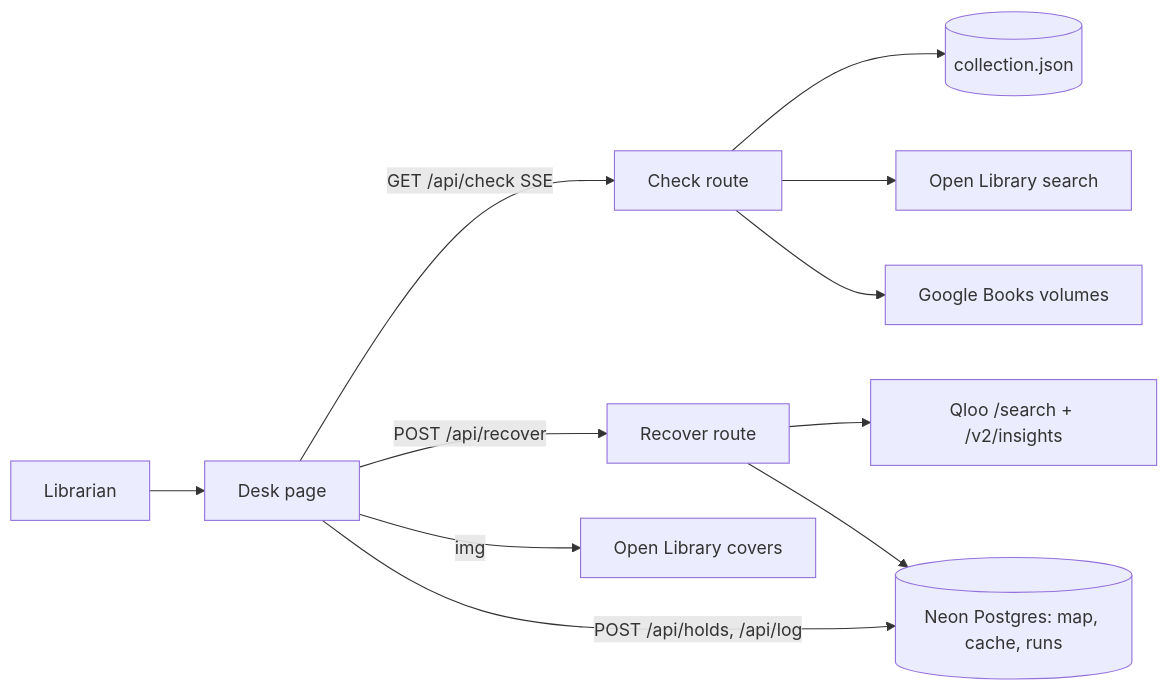
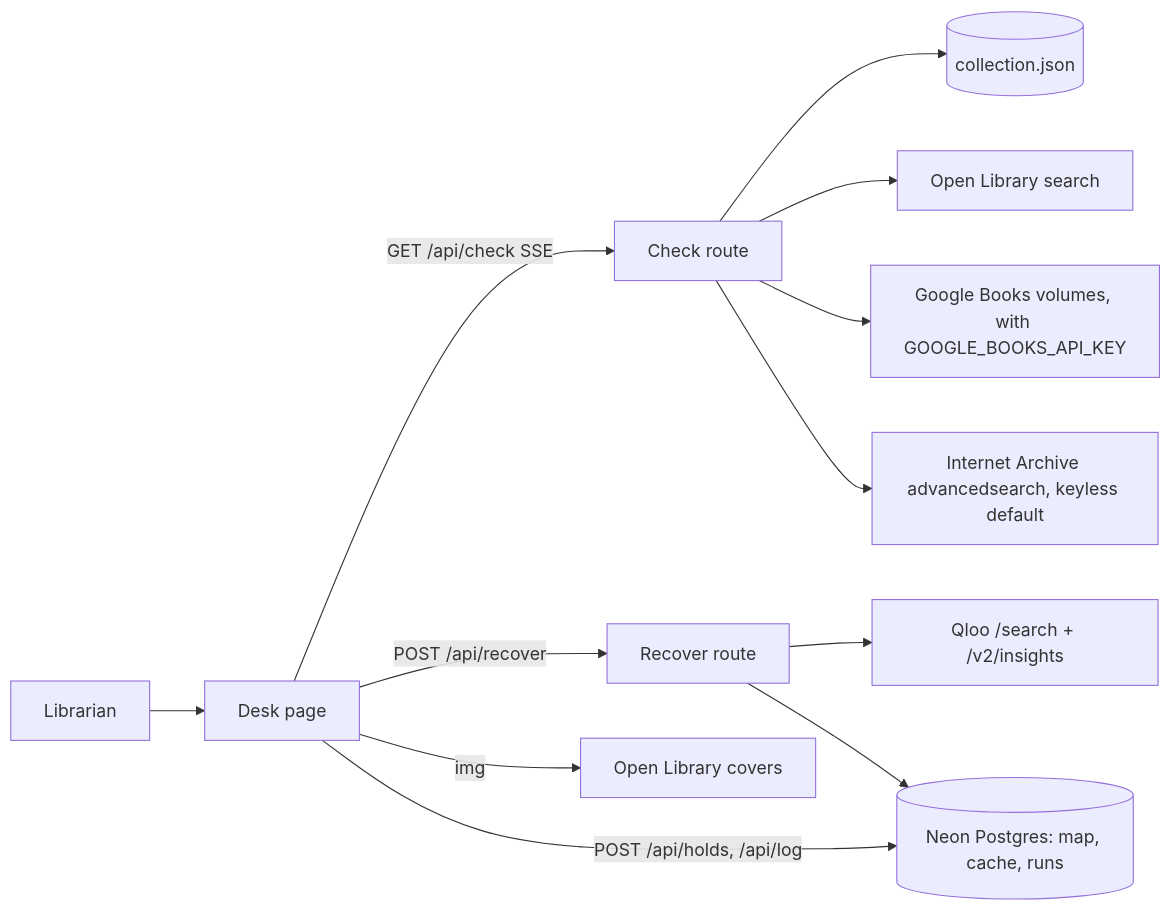
One commit to itssaharsh/ghost-shelf changed the diagram in ARCHITECTURE.md. Above: the diagram before and after it, drawn with Mermaid. The commit also changed other lines of this file and 29 other files, not shown here.

First line of the commit message:
T04: desk golden path, Internet Archive as the keyless third source

````diff
--- a/ARCHITECTURE.md
+++ b/ARCHITECTURE.md
@@ -21,13 +21,14 @@
 ```mermaid
 flowchart LR
   L[Librarian] --> D[Desk page]
   D -->|GET /api/check SSE| C[Check route]
   C --> K[(collection.json)]
   C --> OL[Open Library search]
-  C --> GB[Google Books volumes]
+  C --> GB[Google Books volumes, with GOOGLE_BOOKS_API_KEY]
+  C --> IA[Internet Archive advancedsearch, keyless default]
   D -->|POST /api/recover| R[Recover route]
   R --> Q[Qloo /search + /v2/insights]
   R --> P[(Neon Postgres: map, cache, runs)]
   D -->|POST /api/holds, /api/log| P
   D -->|img| CV[Open Library covers]
 ```
````
